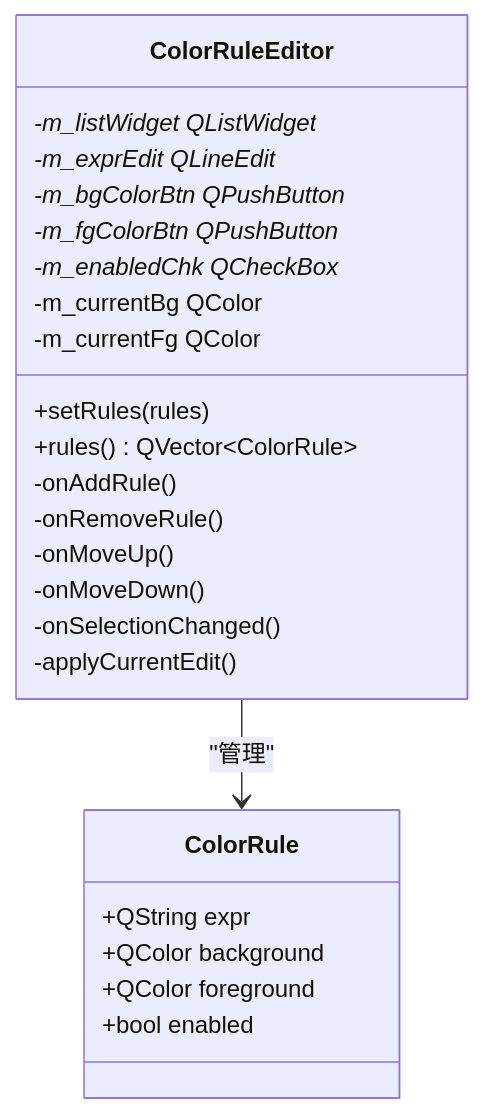
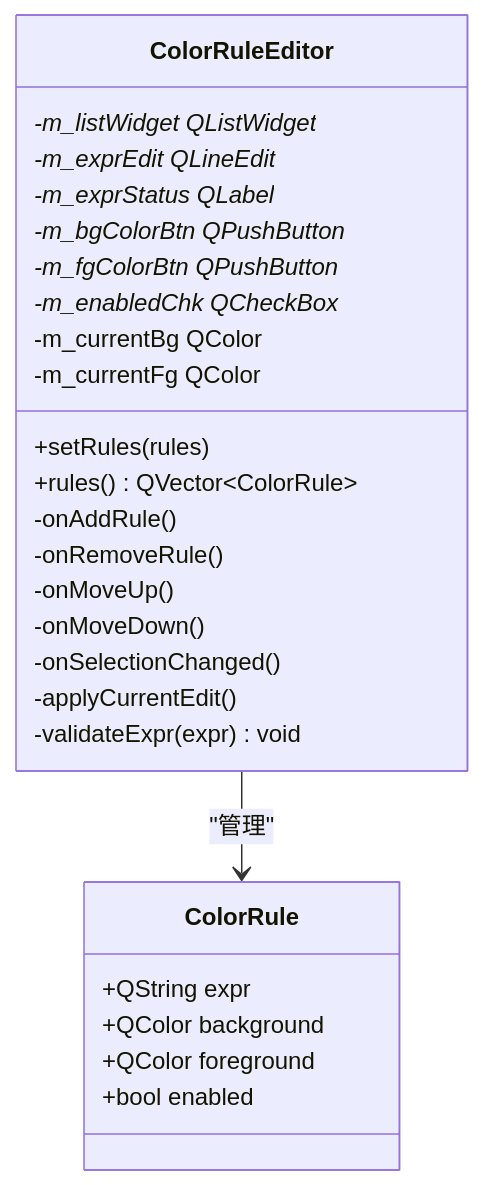
Before and after one commit to jakecai1225-design/OpenBus: the third of 5 diagrams in .qoder/repowiki/zh/content/架构设计/UI系统设计/颜色规则编辑器.md, drawn with Mermaid. The commit also changed other lines of this file and 10 other files, not shown here.

Commit message:
flow指示灯，模拟器开关

````diff
--- a/.qoder/repowiki/zh/content/架构设计/UI系统设计/颜色规则编辑器.md
+++ b/.qoder/repowiki/zh/content/架构设计/UI系统设计/颜色规则编辑器.md
@@ -129,27 +139,29 @@
 ```mermaid
 classDiagram
 class ColorRuleEditor {
 +setRules(rules)
 +rules() QVector~ColorRule~
 -m_listWidget QListWidget*
 -m_exprEdit QLineEdit*
+-m_exprStatus QLabel*
 -m_bgColorBtn QPushButton*
 -m_fgColorBtn QPushButton*
 -m_enabledChk QCheckBox*
 -m_currentBg QColor
 -m_currentFg QColor
 -onAddRule()
 -onRemoveRule()
 -onMoveUp()
 -onMoveDown()
 -onSelectionChanged()
 -applyCurrentEdit()
+-validateExpr(expr) void
 }
 class ColorRule {
 +QString expr
 +QColor background
 +QColor foreground
 +bool enabled
 }
 ColorRuleEditor --> ColorRule : "管理"
 ```
````
